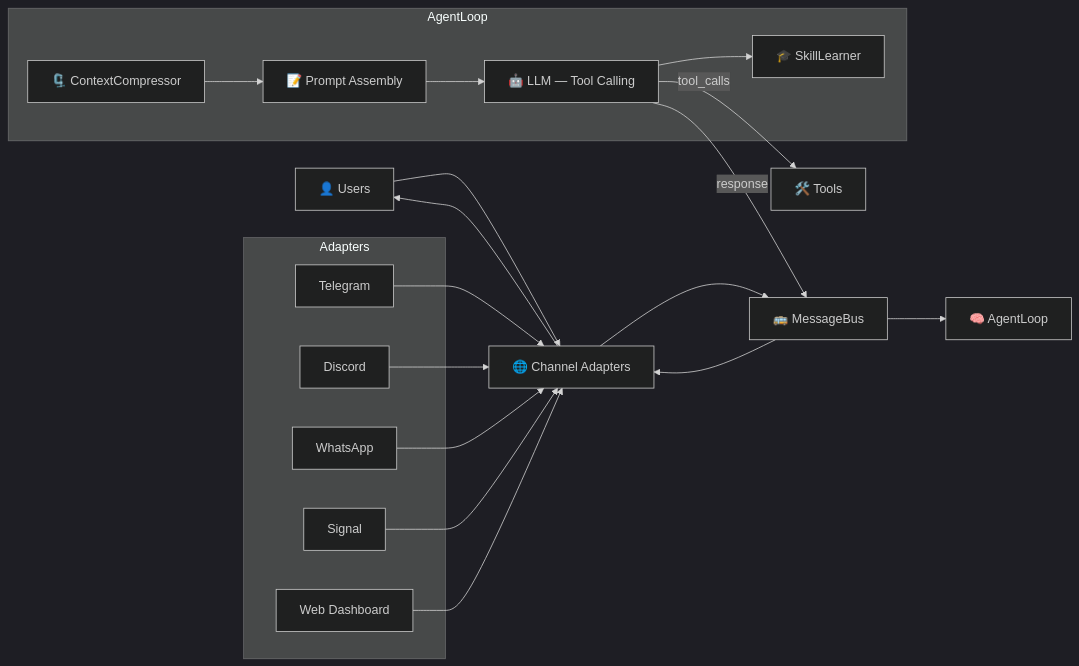
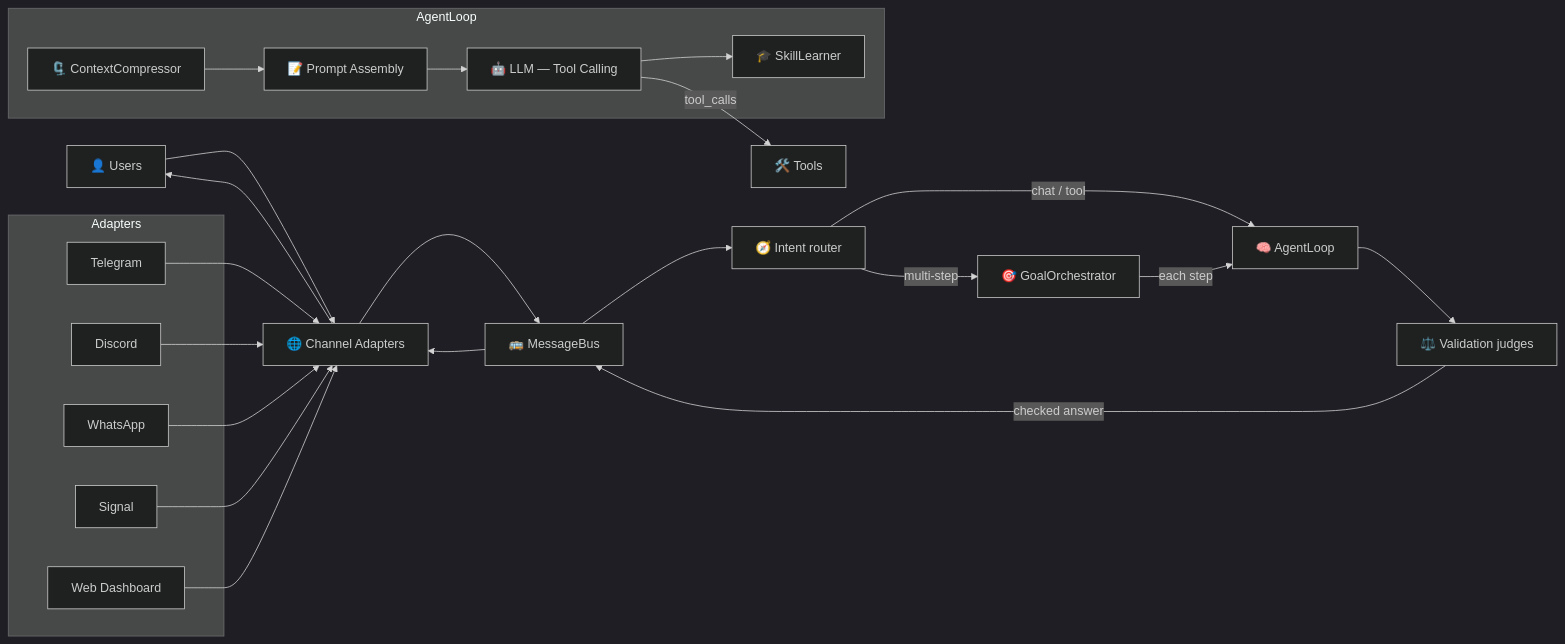
One commit to rovanni/NewClaw changed the diagram in README.md. Above: the diagram before and after it, drawn with Mermaid (dark theme). The commit also changed other lines of this file and 2 other files, not shown here.

````diff
--- a/README.md
+++ b/README.md
@@ -208,33 +218,37 @@
 ```mermaid
 flowchart LR
     U["👤 Users"] --> C["🌐 Channel Adapters"]
     C --> B["🚌 MessageBus"]
-    B --> A["🧠 AgentLoop"]
+    B --> R["🧭 Intent router"]
+    R -->|"chat / tool"| A["🧠 AgentLoop"]
+    R -->|"multi-step"| G["🎯 GoalOrchestrator"]
+    G -->|"each step"| A
+    A --> J["⚖️ Validation judges"]
+    J -->|"checked answer"| B
 
     subgraph Adapters
         T["Telegram"]
         D["Discord"]
         W["WhatsApp"]
         S["Signal"]
         WB["Web Dashboard"]
     end
 
     T --> C
     D --> C
     W --> C
     S --> C
     WB --> C
 
     subgraph AgentLoop
         A1["🗜️ ContextCompressor"]
         A2["📝 Prompt Assembly"]
         A3["🤖 LLM — Tool Calling"]
         A4["🎓 SkillLearner"]
         A1 --> A2 --> A3 --> A4
     end
 
     A3 -->|"tool_calls"| S2["🛠️ Tools"]
-    A3 -->|"response"| B
     B --> C
     C --> U
 ```
````
